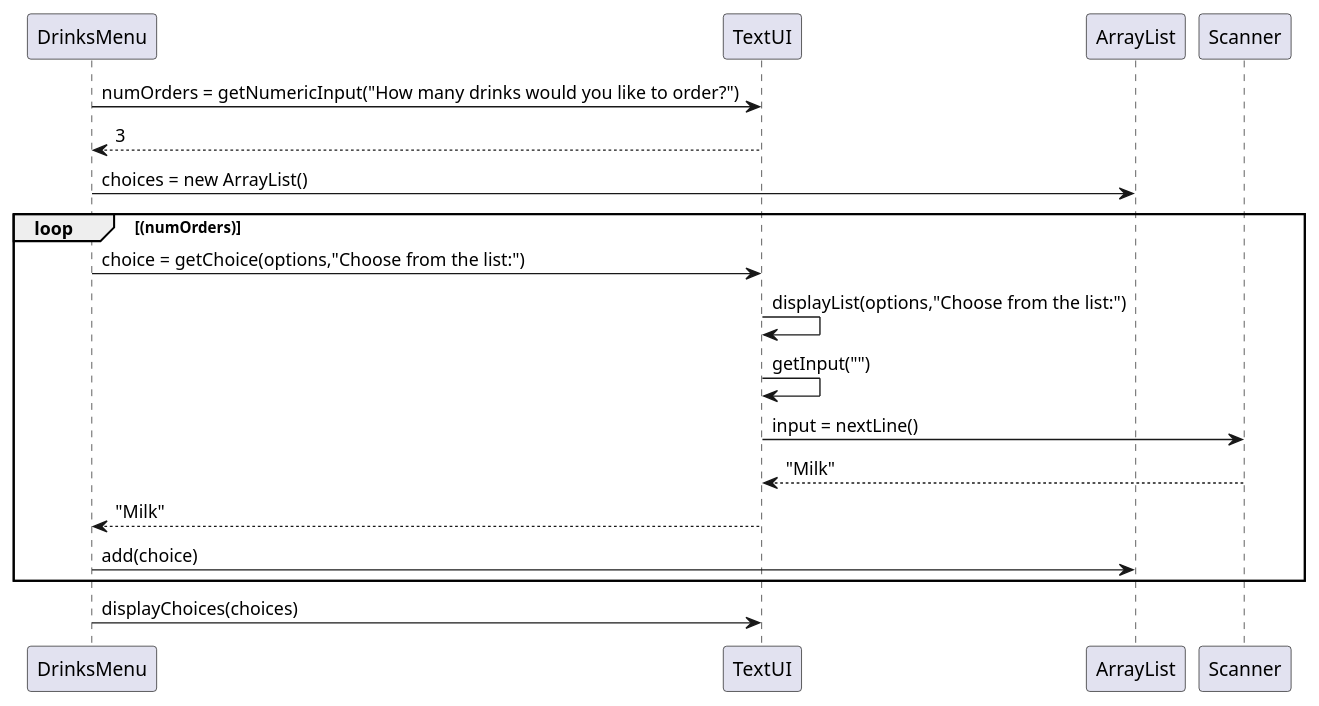
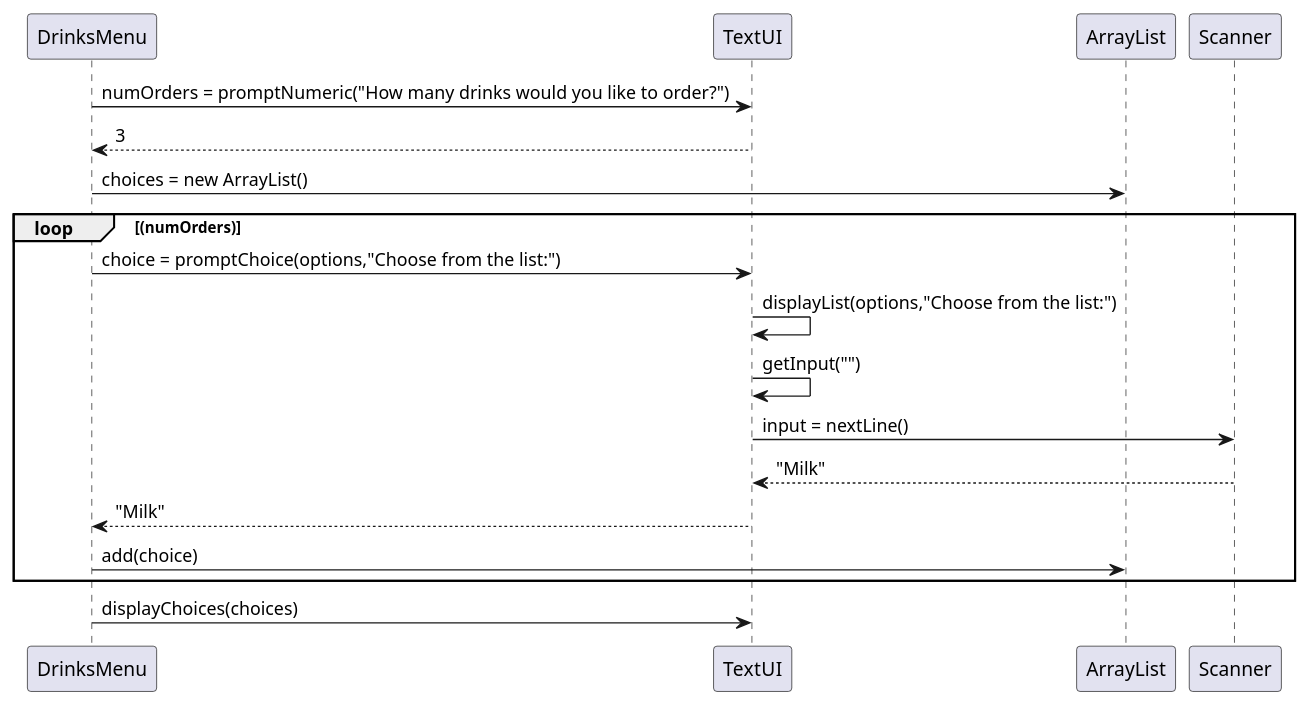
One commit to Eligoon/DrinksMenu changed the diagram in doc/WriteOrder.puml. Above: the diagram before and after it, drawn with PlantUML. The commit also changed 3 other files, not shown here.

```diff
--- a/doc/WriteOrder.puml
+++ b/doc/WriteOrder.puml
@@ -1,23 +1,23 @@
 @startuml
 'https://plantuml.com/sequence-diagram
 
-DrinksMenu -> TextUI: numOrders = getNumericInput("How many drinks would you like to order?")
+DrinksMenu -> TextUI: numOrders = promptNumeric("How many drinks would you like to order?")
 TextUI --> DrinksMenu: 3
 
 'Create a list for the user's choices (could have been a String array with 3 indexes)
 DrinksMenu -> ArrayList:choices = new ArrayList()
 
 loop (numOrders)
-DrinksMenu -> TextUI: choice = getChoice(options,"Choose from the list:")
+DrinksMenu -> TextUI: choice = promptChoice(options,"Choose from the list:")
 TextUI -> TextUI: displayList(options,"Choose from the list:")
 TextUI -> TextUI: getInput("")
 TextUI -> Scanner: input = nextLine()
 Scanner --> TextUI: "Milk"
 TextUI --> DrinksMenu: "Milk"
 'DrinksMenu giver choices til ArrayList som skriver "Milk" på plads 0
 DrinksMenu -> ArrayList: add(choice)
 end
 
 DrinksMenu -> TextUI: displayChoices(choices)
 
 @enduml
```
